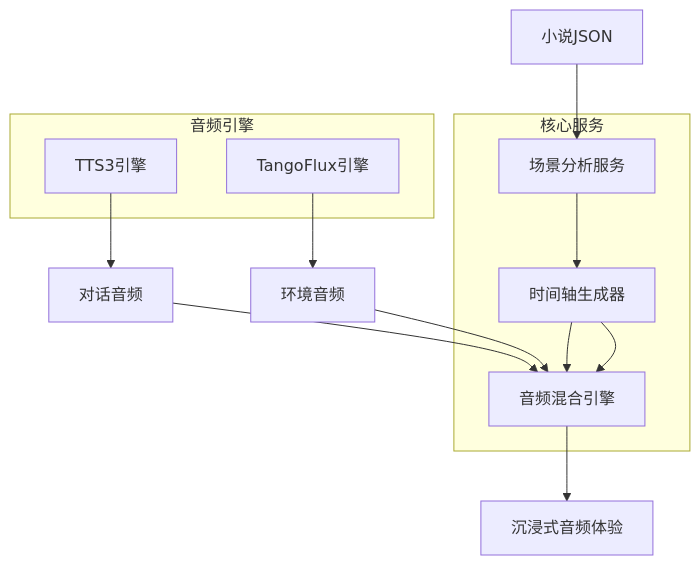
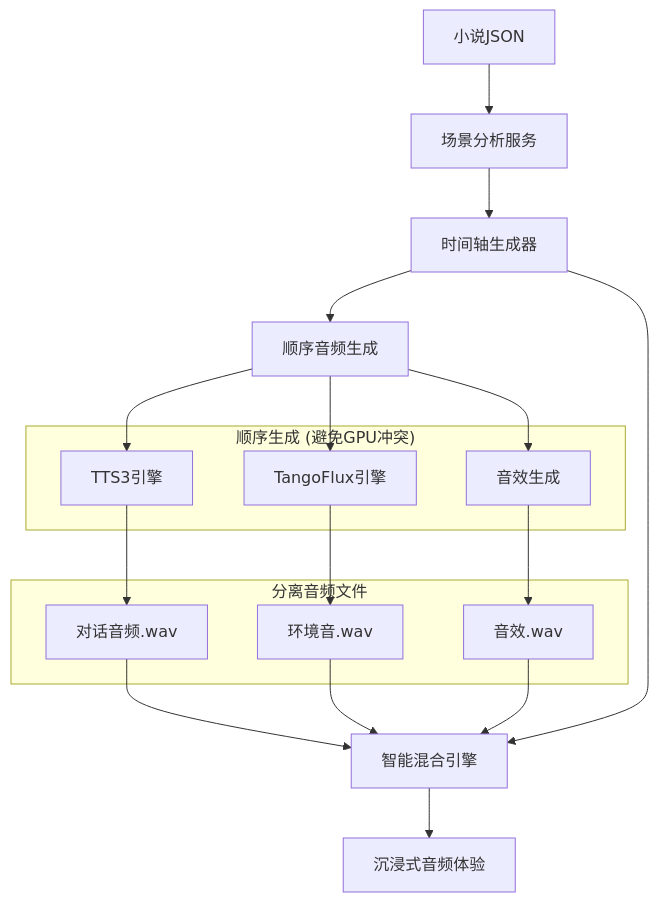
One commit to SunguochaoYeepay/AI-Sound changed the diagram in 环境音混合/README.md. Above: the diagram before and after it, drawn with Mermaid. The commit also changed other lines of this file and 2 other files, not shown here.

Commit message:
fix: 修正音频生成流程 - 从并行改为顺序生成避免GPU显存爆炸问题，新增GPU资源管理和进度追踪机制

````diff
--- a/环境音混合/README.md
+++ b/环境音混合/README.md
@@ -27,26 +27,34 @@
 ```mermaid
 graph TB
     A[小说JSON] --> B[场景分析服务]
     B --> C[时间轴生成器]
-    C --> D[音频混合引擎]
+    C --> D[顺序音频生成]
     
-    E[TTS3引擎] --> F[对话音频]
-    G[TangoFlux引擎] --> H[环境音频]
+    D --> E[TTS3引擎]
+    E --> F[对话音频.wav]
     
-    F --> D
-    H --> D
-    C --> D
+    D --> G[TangoFlux引擎]
+    G --> H[环境音.wav]
     
-    D --> I[沉浸式音频体验]
+    D --> I[音效生成]
+    I --> J[音效.wav]
     
-    subgraph "核心服务"
-        B
-        C  
-        D
+    F --> K[智能混合引擎]
+    H --> K
+    J --> K
+    C --> K
+    
+    K --> L[沉浸式音频体验]
+    
+    subgraph "顺序生成 (避免GPU冲突)"
+        E
+        G
+        I
     end
     
-    subgraph "音频引擎"
-        E
-        G
+    subgraph "分离音频文件"
+        F
+        H
+        J
     end
 ```
````
